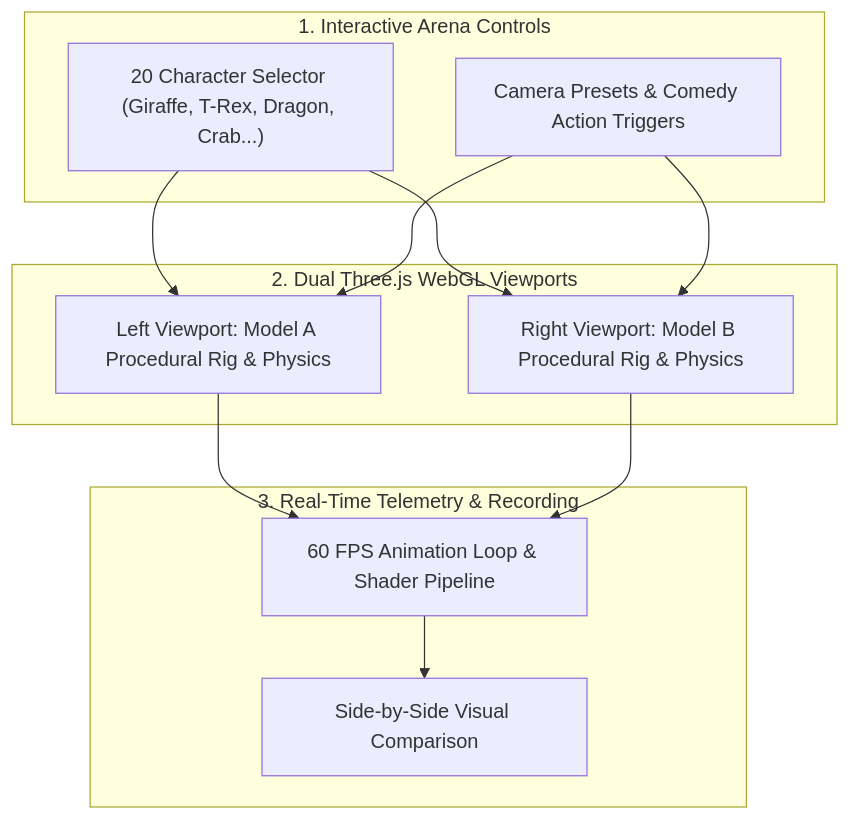
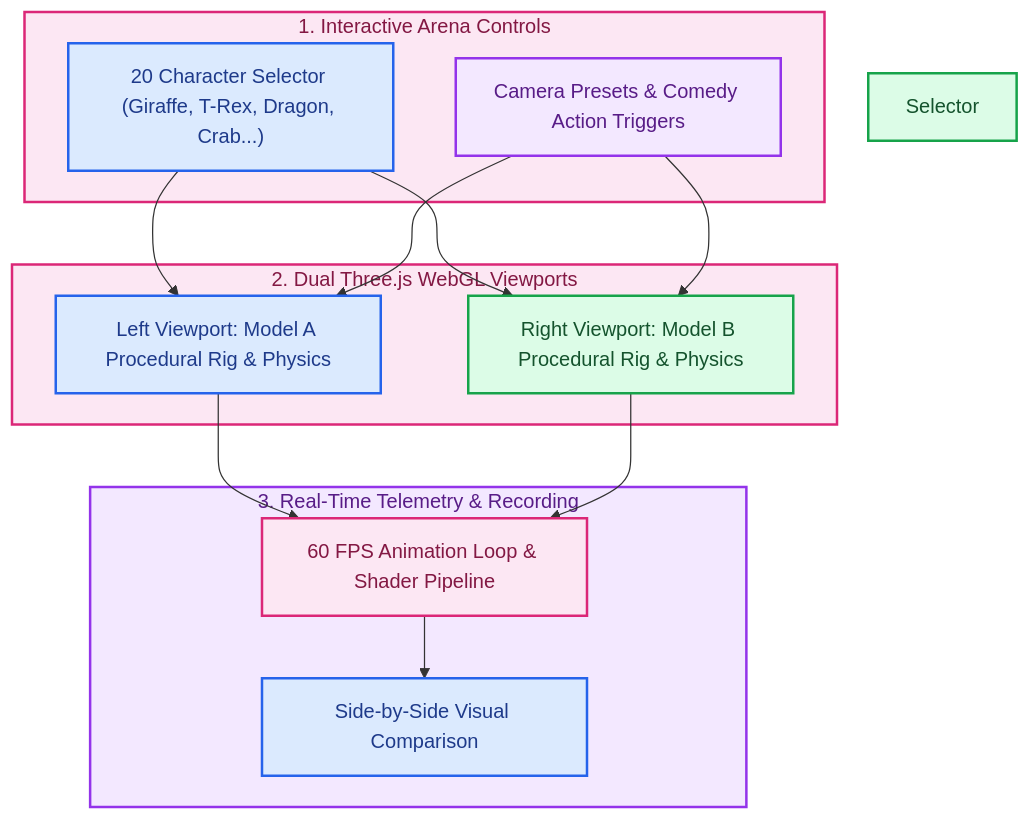
The diagram in README.md (RobinaMirbahar/llm-3d-comedy-arena), drawn with Mermaid before and after one commit. The commit also changed other lines of this file, not shown here.

Commit message:
docs: add 3-line Author & Companion Publication header, color-coded Mermaid diagram, and remove repetitive footer

````diff
--- a/README.md
+++ b/README.md
@@ -28,18 +28,28 @@
 ```mermaid
 flowchart TD
     subgraph UI ["1. Interactive Arena Controls"]
         U_Sel["20 Character Selector (Giraffe, T-Rex, Dragon, Crab...)"]
         U_Cam["Camera Presets & Comedy Action Triggers"]
     end
     subgraph Render ["2. Dual Three.js WebGL Viewports"]
         R_Left["Left Viewport: Model A Procedural Rig & Physics"]
         R_Right["Right Viewport: Model B Procedural Rig & Physics"]
     end
     subgraph Perf ["3. Real-Time Telemetry & Recording"]
         P_FPS["60 FPS Animation Loop & Shader Pipeline"]
         P_Out["Side-by-Side Visual Comparison"]
     end
     U_Sel --> R_Left & R_Right
     U_Cam --> R_Left & R_Right
     R_Left & R_Right --> P_FPS --> P_Out
+    style UI fill:#fce7f3,stroke:#db2777,stroke-width:2px,color:#831843
+    style U_Sel fill:#dbeafe,stroke:#2563eb,stroke-width:2px,color:#1e3a8a
+    style Selector fill:#dcfce7,stroke:#16a34a,stroke-width:2px,color:#14532d
+    style U_Cam fill:#f3e8ff,stroke:#9333ea,stroke-width:2px,color:#581c87
+    style Render fill:#fce7f3,stroke:#db2777,stroke-width:2px,color:#831843
+    style R_Left fill:#dbeafe,stroke:#2563eb,stroke-width:2px,color:#1e3a8a
+    style R_Right fill:#dcfce7,stroke:#16a34a,stroke-width:2px,color:#14532d
+    style Perf fill:#f3e8ff,stroke:#9333ea,stroke-width:2px,color:#581c87
+    style P_FPS fill:#fce7f3,stroke:#db2777,stroke-width:2px,color:#831843
+    style P_Out fill:#dbeafe,stroke:#2563eb,stroke-width:2px,color:#1e3a8a
 ```
````
